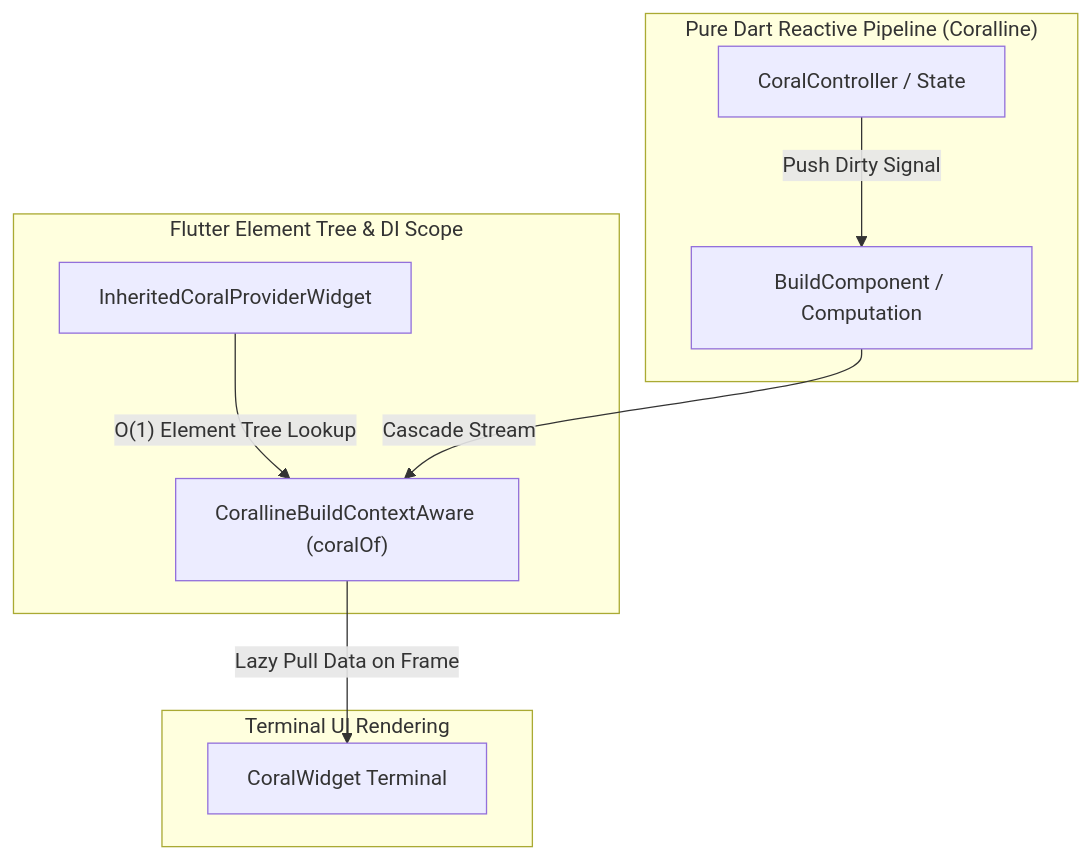
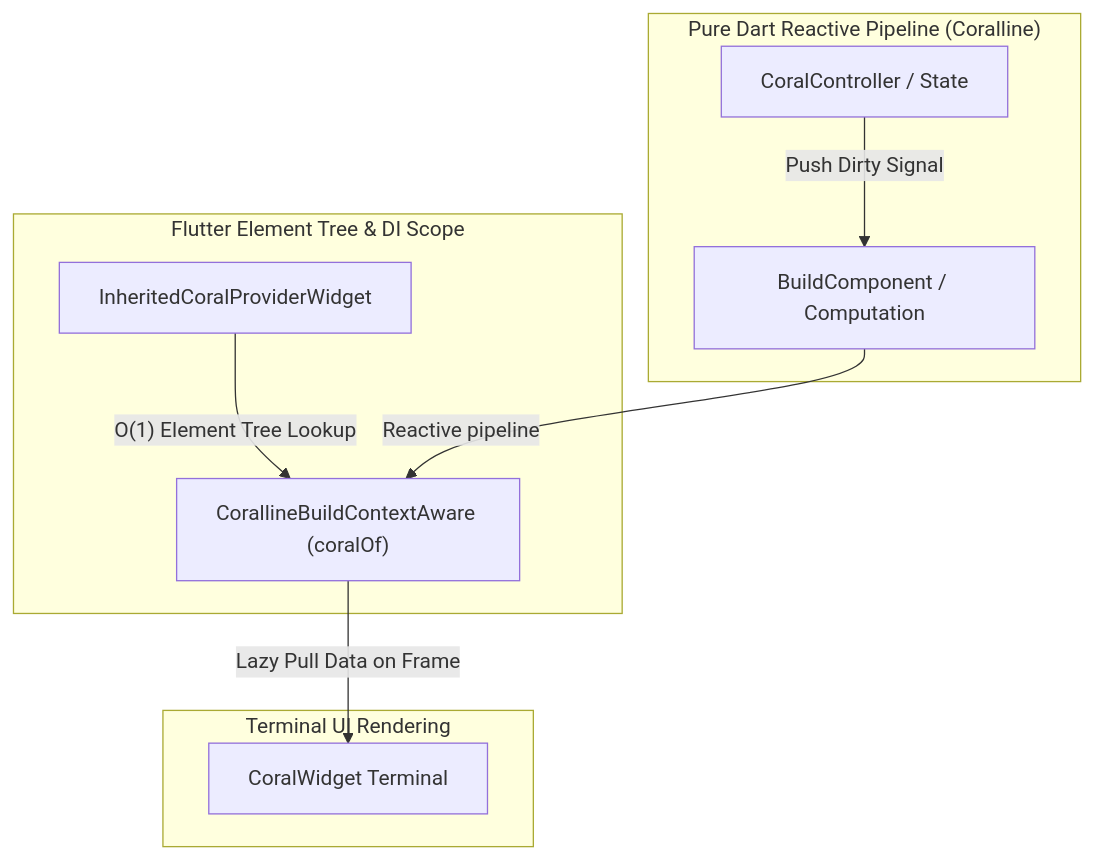
One commit to pioneerjkf/coralline changed the first of 2 diagrams in coralline_flutter/README.md. Above: the diagram before and after it, drawn with Mermaid. The commit also changed other lines of this file and 48 other files, not shown here.

````diff
--- a/coralline_flutter/README.md
+++ b/coralline_flutter/README.md
@@ -51,21 +51,21 @@
 ```mermaid
 graph TD
     subgraph BusinessLogic["Pure Dart Reactive Pipeline (Coralline)"]
         State["CoralController / State"]
         Computation["BuildComponent / Computation"]
     end
 
     subgraph ElementTree["Flutter Element Tree & DI Scope"]
         InheritedProvider["InheritedCoralProviderWidget<T>"]
         ContextAware["CorallineBuildContextAware (coralOf<T>)"]
     end
 
     subgraph TerminalUI["Terminal UI Rendering"]
         TerminalWidget["CoralWidget Terminal"]
     end
 
     State -->|"Push Dirty Signal"| Computation
     InheritedProvider -->|"O(1) Element Tree Lookup"| ContextAware
-    Computation -->|"Cascade Stream"| ContextAware
+        Computation -->|"Reactive pipeline"| ContextAware
     ContextAware -->|"Lazy Pull Data on Frame"| TerminalWidget
 ```
````
